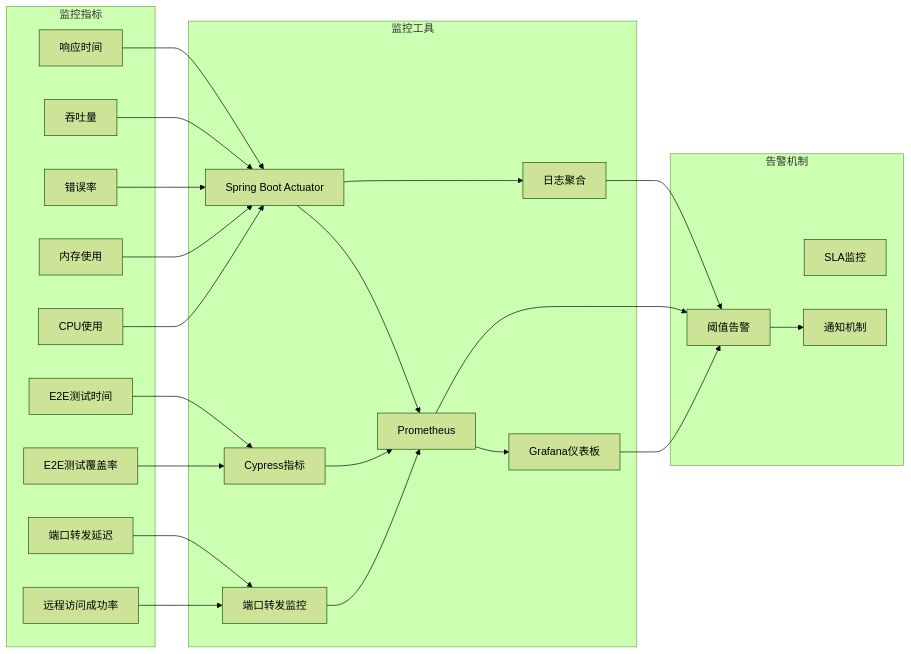
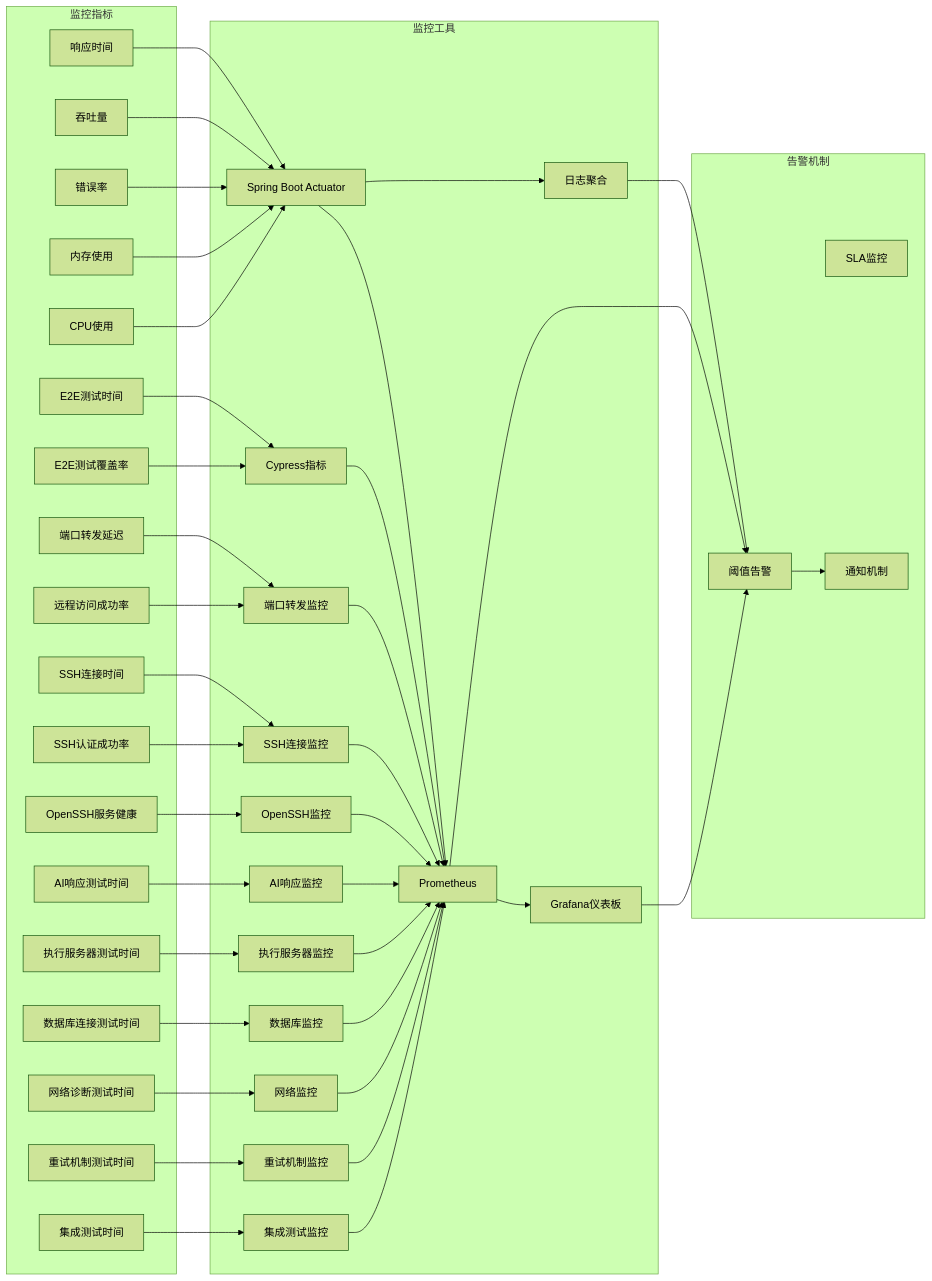
One commit to liuzh2008/med_ai_assistant_workspace changed diagram 40 of 43 in .qoder/repowiki/zh/content/Development Environment Features/Development Environment Features.md. Above: the diagram before and after it, drawn with Mermaid (forest theme). The commit also changed other lines of this file and 6 other files, not shown here.

````diff
--- a/.qoder/repowiki/zh/content/Development Environment Features/Development Environment Features.md
+++ b/.qoder/repowiki/zh/content/Development Environment Features/Development Environment Features.md
@@ -906,45 +2080,79 @@
 ```mermaid
 graph LR
 subgraph "监控指标"
 RESPONSE_TIME[响应时间]
 THROUGHPUT[吞吐量]
 ERROR_RATE[错误率]
 MEMORY_USAGE[内存使用]
 CPU_USAGE[CPU使用]
 E2E_TEST_TIME[E2E测试时间]
 END_TO_END_TESTS[E2E测试覆盖率]
 PORT_FORWARD_LATENCY[端口转发延迟]
 REMOTE_ACCESS_SUCCESS[远程访问成功率]
+SSH_CONNECTION_TIME[SSH连接时间]
+SSH_AUTH_SUCCESS[SSH认证成功率]
+OPENSSH_SERVICE_HEALTH[OpenSSH服务健康]
+AI_RESPONSE_TEST_TIME[AI响应测试时间]
+EXECUTION_SERVER_TEST_TIME[执行服务器测试时间]
+DATABASE_CONNECTION_TEST_TIME[数据库连接测试时间]
+NETWORK_DIAGNOSTIC_TEST_TIME[网络诊断测试时间]
+RETRY_MECHANISM_TEST_TIME[重试机制测试时间]
+INTEGRATION_TEST_TIME[集成测试时间]
 end
 subgraph "监控工具"
 ACTUATOR[Spring Boot Actuator]
 PROMETHEUS[Prometheus]
 GRAFANA[Grafana仪表板]
 LOGS[日志聚合]
 CYPRESS_METRICS[Cypress指标]
 PORT_MONITOR[端口转发监控]
+SSH_MONITOR[SSH连接监控]
+OPENSSH_MONITOR[OpenSSH监控]
+AI_RESPONSE_MONITOR[AI响应监控]
+EXECUTION_SERVER_MONITOR[执行服务器监控]
+DATABASE_MONITOR[数据库监控]
+NETWORK_MONITOR[网络监控]
+RETRY_MONITOR[重试机制监控]
+INTEGRATION_MONITOR[集成测试监控]
 end
 subgraph "告警机制"
 THRESHOLD[阈值告警]
 SLA[SLA监控]
 NOTIFICATION[通知机制]
 end
 RESPONSE_TIME --> ACTUATOR
 THROUGHPUT --> ACTUATOR
 ERROR_RATE --> ACTUATOR
 MEMORY_USAGE --> ACTUATOR
 CPU_USAGE --> ACTUATOR
 E2E_TEST_TIME --> CYPRESS_METRICS
 END_TO_END_TESTS --> CYPRESS_METRICS
 PORT_FORWARD_LATENCY --> PORT_MONITOR
 REMOTE_ACCESS_SUCCESS --> PORT_MONITOR
+SSH_CONNECTION_TIME --> SSH_MONITOR
+SSH_AUTH_SUCCESS --> SSH_MONITOR
+OPENSSH_SERVICE_HEALTH --> OPENSSH_MONITOR
+AI_RESPONSE_TEST_TIME --> AI_RESPONSE_MONITOR
+EXECUTION_SERVER_TEST_TIME --> EXECUTION_SERVER_MONITOR
+DATABASE_CONNECTION_TEST_TIME --> DATABASE_MONITOR
+NETWORK_DIAGNOSTIC_TEST_TIME --> NETWORK_MONITOR
+RETRY_MECHANISM_TEST_TIME --> RETRY_MONITOR
+INTEGRATION_TEST_TIME --> INTEGRATION_MONITOR
 ACTUATOR --> PROMETHEUS
 PROMETHEUS --> GRAFANA
 ACTUATOR --> LOGS
 CYPRESS_METRICS --> PROMETHEUS
 PORT_MONITOR --> PROMETHEUS
+SSH_MONITOR --> PROMETHEUS
+OPENSSH_MONITOR --> PROMETHEUS
+AI_RESPONSE_MONITOR --> PROMETHEUS
+EXECUTION_SERVER_MONITOR --> PROMETHEUS
+DATABASE_MONITOR --> PROMETHEUS
+NETWORK_MONITOR --> PROMETHEUS
+RETRY_MONITOR --> PROMETHEUS
+INTEGRATION_MONITOR --> PROMETHEUS
 GRAFANA --> THRESHOLD
 PROMETHEUS --> THRESHOLD
 LOGS --> THRESHOLD
 THRESHOLD --> NOTIFICATION
 ```
````
